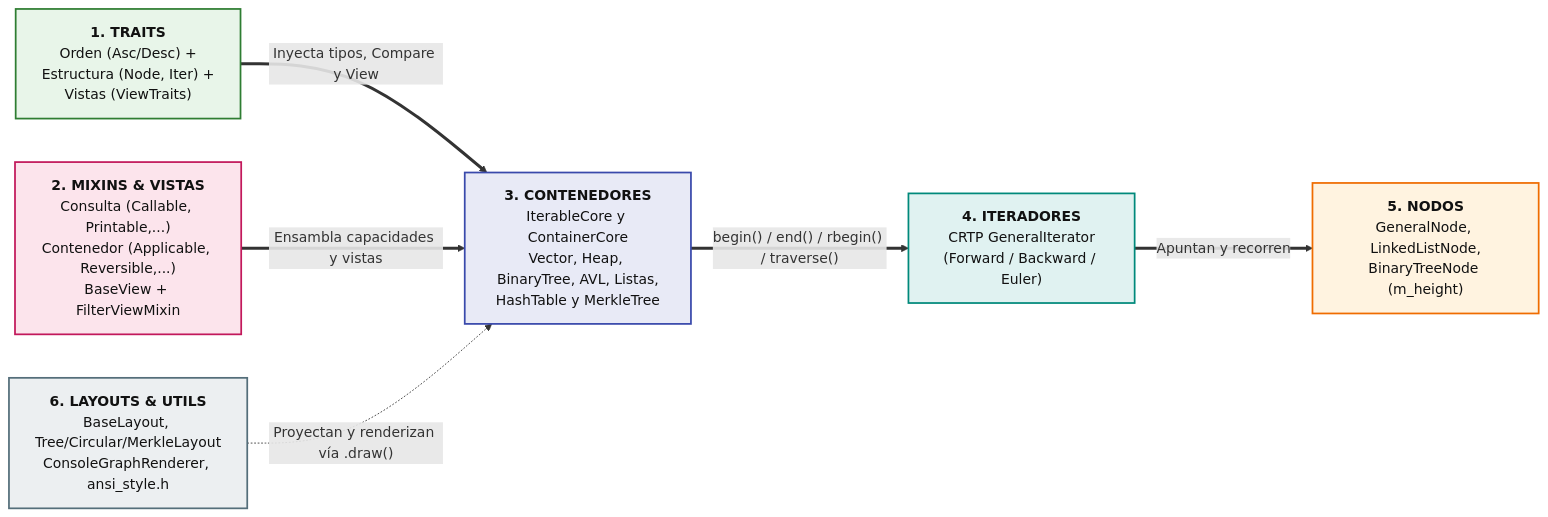
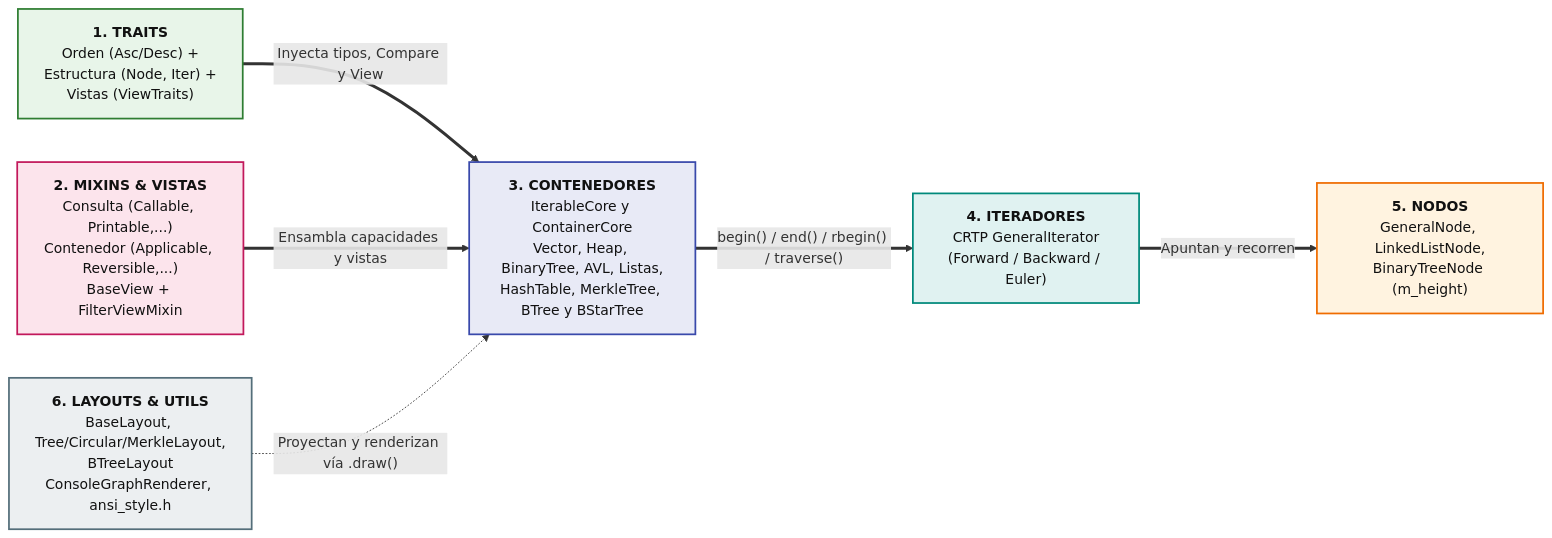
The first of 13 diagrams in README.md (ecuadros/2026-II-CS-UNI-CC0E5-AEDAv), drawn with Mermaid before and after one commit. The commit also changed other lines of this file and 20 other files, not shown here.

````diff
--- a/README.md
+++ b/README.md
@@ -36,29 +39,29 @@
 ```mermaid
 flowchart LR
     TRAITS["<b>1. TRAITS</b><br/>Orden (Asc/Desc) +<br/>Estructura (Node, Iter) +<br/>Vistas (ViewTraits)"]
     MIXINS["<b>2. MIXINS & VISTAS</b><br/>Consulta (Callable, Printable,...)<br/>Contenedor (Applicable, Reversible,...)<br/>BaseView + FilterViewMixin"]
-    CONT["<b>3. CONTENEDORES</b><br/>IterableCore y ContainerCore<br/>Vector, Heap, BinaryTree, AVL, Listas,<br/>HashTable y MerkleTree"]
+    CONT["<b>3. CONTENEDORES</b><br/>IterableCore y ContainerCore<br/>Vector, Heap, BinaryTree, AVL, Listas,<br/>HashTable, MerkleTree, BTree y BStarTree"]
     ITER["<b>4. ITERADORES</b><br/>CRTP GeneralIterator<br/>(Forward / Backward / Euler)"]
     NODOS["<b>5. NODOS</b><br/>GeneralNode, LinkedListNode,<br/>BinaryTreeNode (m_height)"]
-    LIBRES["<b>6. LAYOUTS & UTILS</b><br/>BaseLayout, Tree/Circular/MerkleLayout<br/>ConsoleGraphRenderer, ansi_style.h"]
+    LIBRES["<b>6. LAYOUTS & UTILS</b><br/>BaseLayout, Tree/Circular/MerkleLayout,<br/>BTreeLayout<br/>ConsoleGraphRenderer, ansi_style.h"]
 
     TRAITS ==>|"Inyecta tipos, Compare y View"| CONT
     MIXINS ==>|"Ensambla capacidades y vistas"| CONT
     CONT ==>|"begin() / end() / rbegin() / traverse()"| ITER
     ITER ==>|"Apuntan y recorren"| NODOS
     LIBRES -.->|"Proyectan y renderizan vía .draw()"| CONT
 
     classDef c1 fill:#E8EAF6,stroke:#3949AB,color:#111,stroke-width:2px;
     classDef c2 fill:#FCE4EC,stroke:#C2185B,color:#111,stroke-width:2px;
     classDef c3 fill:#E0F2F1,stroke:#00897B,color:#111,stroke-width:2px;
     classDef c4 fill:#FFF3E0,stroke:#EF6C00,color:#111,stroke-width:2px;
     classDef c5 fill:#E8F5E9,stroke:#2E7D32,color:#111,stroke-width:2px;
     classDef c6 fill:#ECEFF1,stroke:#546E7A,color:#111,stroke-width:2px;
 
     class CONT c1
     class MIXINS c2
     class ITER c3
     class NODOS c4
     class TRAITS c5
     class LIBRES c6
 ```
````
